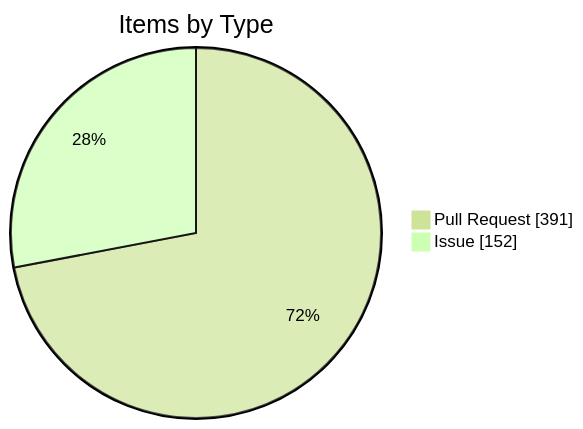
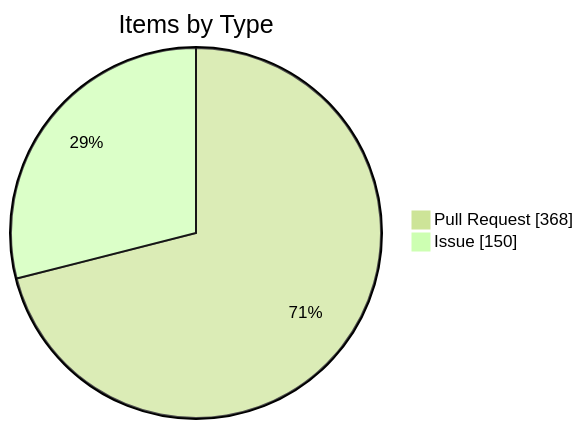
One commit to KBVE/kbve changed the fourth of 4 diagrams in apps/kbve/astro-kbve/src/content/docs/dashboard/kanban-data.mdx. Above: the diagram before and after it, drawn with Mermaid (forest theme). The commit also changed other lines of this file and 8 other files, not shown here.

````diff
--- a/apps/kbve/astro-kbve/src/content/docs/dashboard/kanban-data.mdx
+++ b/apps/kbve/astro-kbve/src/content/docs/dashboard/kanban-data.mdx
@@ -116,6 +116,6 @@
 ```mermaid
 pie showData
     title Items by Type
-    "Pull Request" : 391
-    "Issue" : 152
+    "Pull Request" : 368
+    "Issue" : 150
 ```
````
